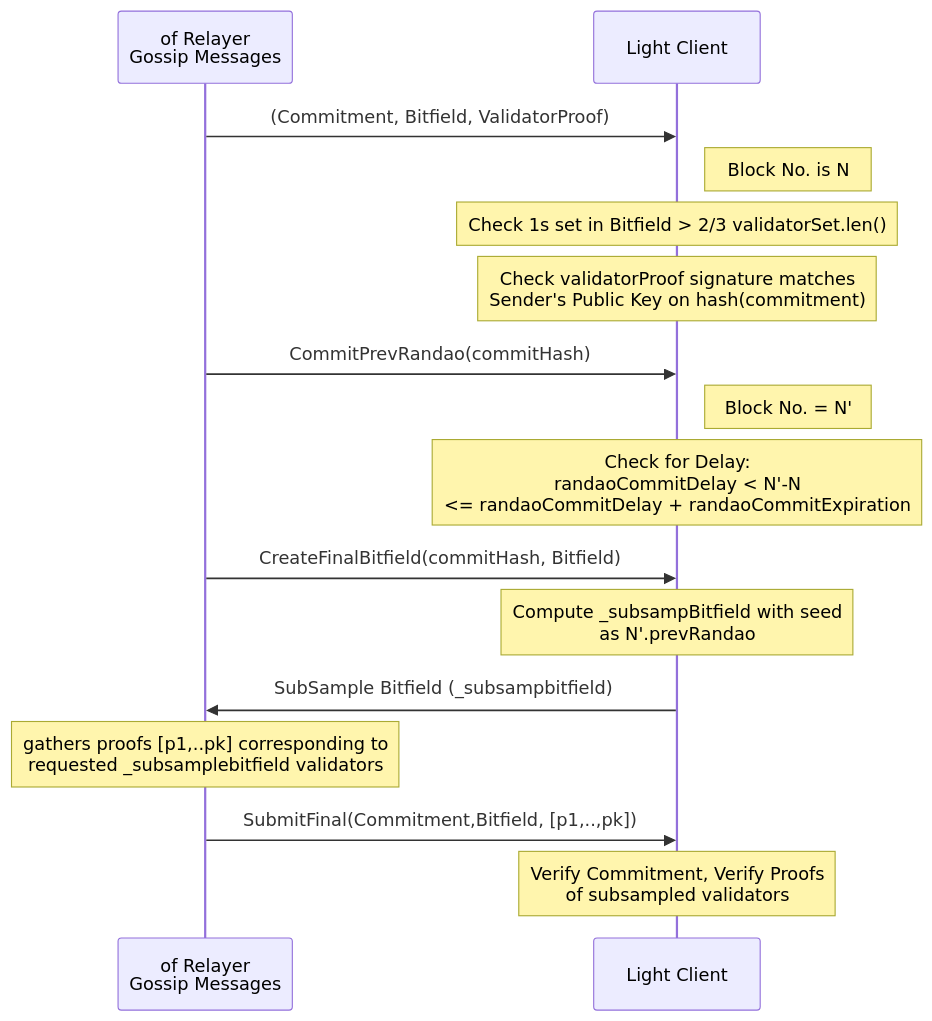
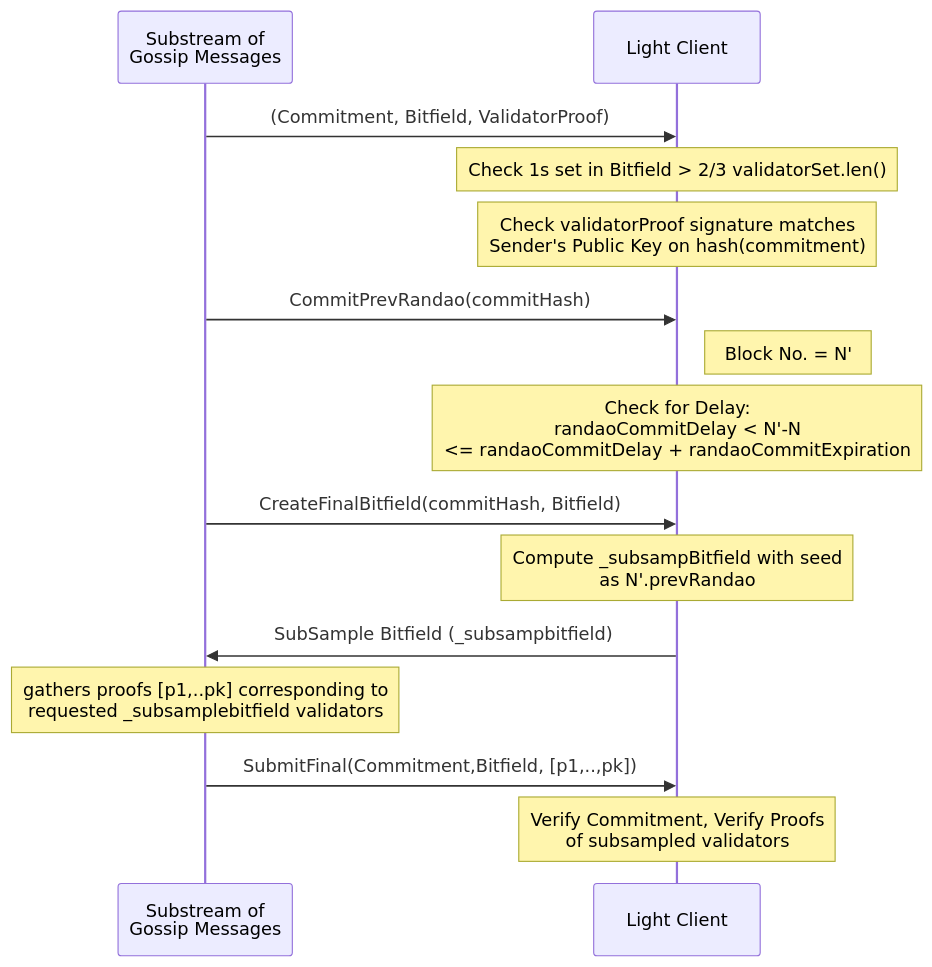
The diagram in docs/Implementation Guide/beefy-guide.md (w3f/polkadot-spec-website), drawn with Mermaid before and after one commit. The commit also changed other lines of this file, not shown here.

````diff
--- a/docs/Implementation Guide/beefy-guide.md
+++ b/docs/Implementation Guide/beefy-guide.md
@@ -30,19 +30,17 @@
 ```mermaid
 sequenceDiagram
-    participant S as  of Relayer <br> Gossip Messages
+    participant S as Substream of <br> Gossip Messages
     participant L as Light Client
     S->>L: (Commitment, Bitfield, ValidatorProof)
-    Note right of L: Block No. is N
     Note over L: Check 1s set in Bitfield > 2/3 validatorSet.len() 
     Note over L: Check validatorProof signature matches <br> Sender's Public Key on hash(commitment)
     S->>L: CommitPrevRandao(commitHash)
     Note right of L: Block No. = N' 
     Note over L: Check for Delay: <br> randaoCommitDelay < N'-N  <br> <= randaoCommitDelay + randaoCommitExpiration
     S->>L: CreateFinalBitfield(commitHash, Bitfield) 
     Note over L: Compute _subsampBitfield with seed <br> as N'.prevRandao
     L->>S: SubSample Bitfield (_subsampbitfield)
     Note over S: gathers proofs [p1,..pk] corresponding to <br> requested _subsamplebitfield validators
     S->>L: SubmitFinal(Commitment,Bitfield, [p1,..,pk])
     Note over L: Verify Commitment, Verify Proofs <br> of subsampled validators
-
 ```
````
